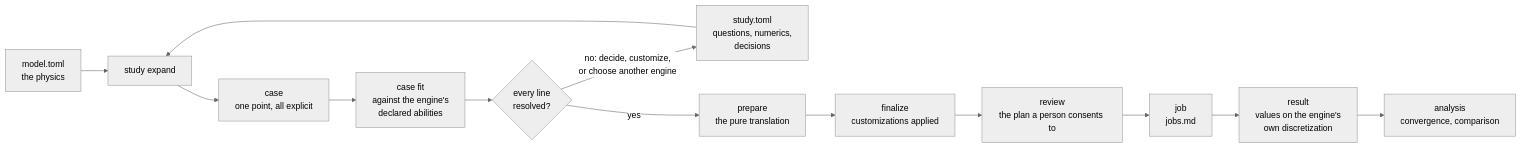
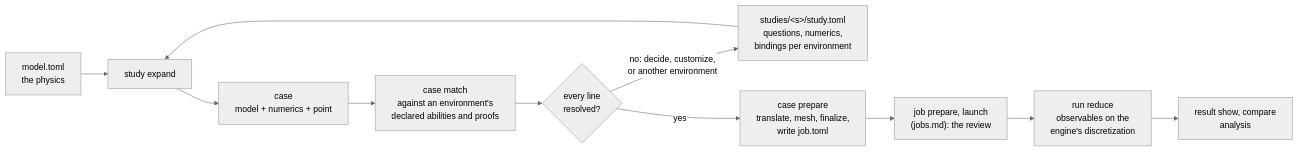
Before and after one commit to Qing-LAB/femkit: the first of 2 diagrams in docs/contracts/models.md, drawn with Mermaid (neutral theme). The commit also changed other lines of this file and 18 other files, not shown here.

````diff
--- a/docs/contracts/models.md
+++ b/docs/contracts/models.md
@@ -31,15 +33,13 @@
 ```mermaid
 flowchart LR
     M["model.toml<br/>the physics"] --> X
-    S["study.toml<br/>questions, numerics,<br/>decisions"] --> X["study expand"]
-    X --> C["case<br/>one point, all explicit"]
-    C --> F["case fit<br/>against the engine's<br/>declared abilities"]
+    S["studies/&lt;s&gt;/study.toml<br/>questions, numerics,<br/>bindings per environment"] --> X["study expand"]
+    X --> C["case<br/>model + numerics + point"]
+    C --> F["case match<br/>against an environment's<br/>declared abilities and proofs"]
     F --> R{"every line<br/>resolved?"}
-    R -->|"no: decide, customize,<br/>or choose another engine"| S
-    R -->|yes| P["prepare<br/>the pure translation"]
-    P --> Z["finalize<br/>customizations applied"]
-    Z --> V["review<br/>the plan a person consents to"]
-    V --> J["job<br/>jobs.md"]
-    J --> E["result<br/>values on the engine's<br/>own discretization"]
-    E --> A["analysis<br/>convergence, comparison"]
+    R -->|"no: decide, customize,<br/>or another environment"| S
+    R -->|yes| P["case prepare<br/>translate, mesh, finalize,<br/>write job.toml"]
+    P --> J["job prepare, launch<br/>(jobs.md): the review"]
+    J --> E["run reduce<br/>observables on the<br/>engine's discretization"]
+    E --> A["result show, compare<br/>analysis"]
 ```
````
